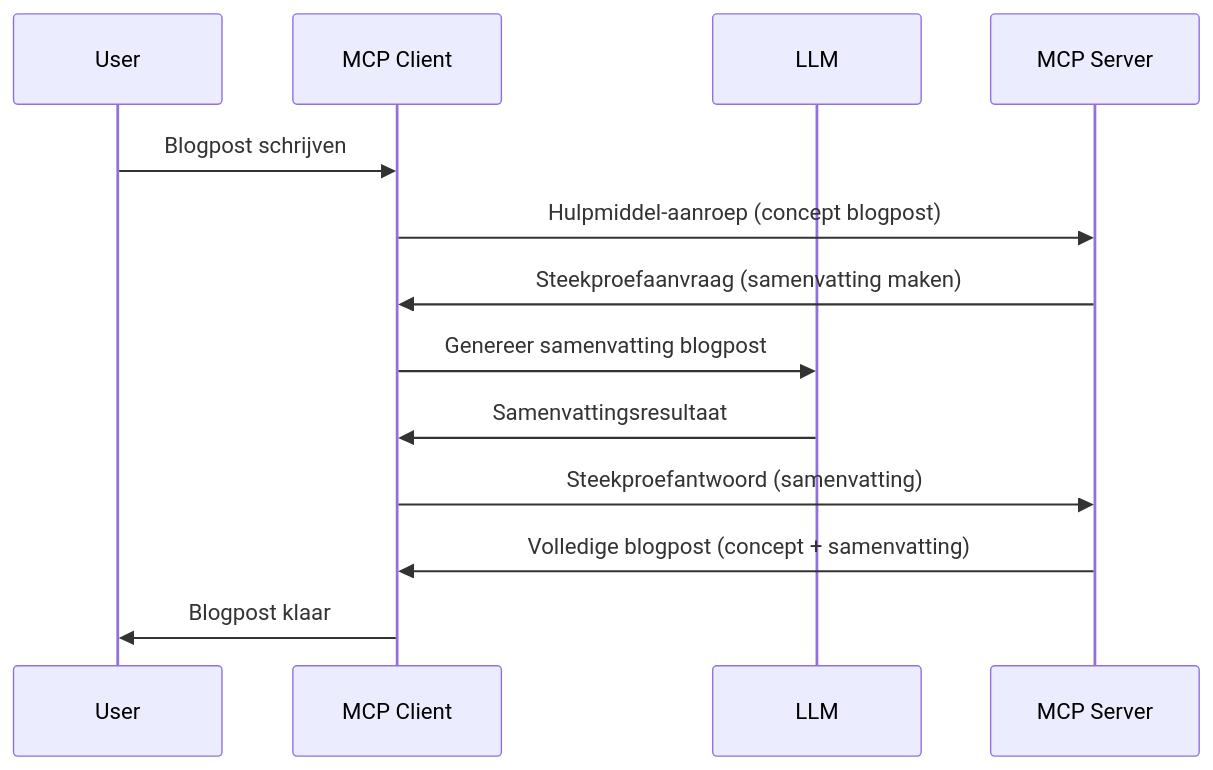
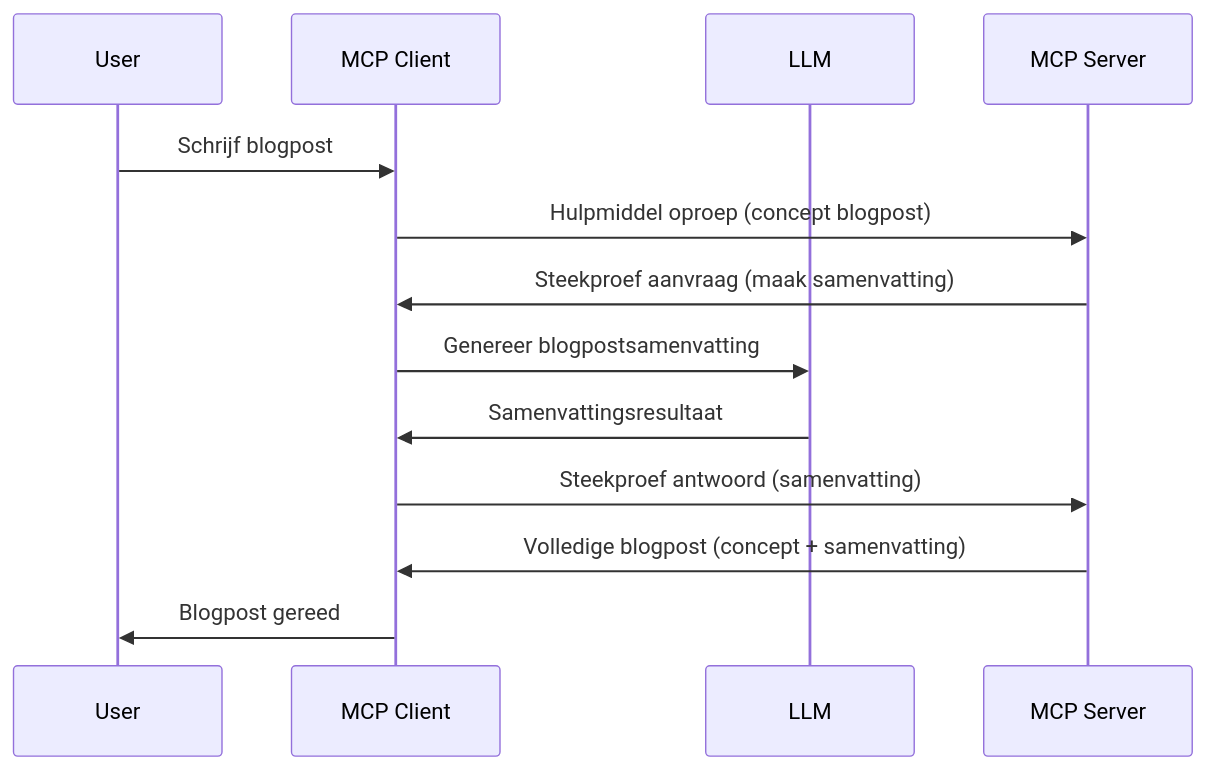
Before and after one commit to HIDORAKAI002/ai-workspace-archive: the diagram in mcp_ecosystem__model_context_protocol/mcp_learning_resources/mcp-for-beginners/translations/nl/03-GettingStarted/14-sampling/README.md, drawn with Mermaid. The commit also changed other lines of this file and 1046 other files, not shown here.

````diff
--- a/mcp_ecosystem__model_context_protocol/mcp_learning_resources/mcp-for-beginners/translations/nl/03-GettingStarted/14-sampling/README.md
+++ b/mcp_ecosystem__model_context_protocol/mcp_learning_resources/mcp-for-beginners/translations/nl/03-GettingStarted/14-sampling/README.md
@@ -23,16 +25,16 @@
 ```mermaid
 sequenceDiagram
     participant User
     participant MCP Client
     participant LLM
     participant MCP Server
 
-    User->>MCP Client: Blogpost schrijven
-    MCP Client->>MCP Server: Hulpmiddel-aanroep (concept blogpost)
-    MCP Server->>MCP Client: Steekproefaanvraag (samenvatting maken)
-    MCP Client->>LLM: Genereer samenvatting blogpost
+    User->>MCP Client: Schrijf blogpost
+    MCP Client->>MCP Server: Hulpmiddel oproep (concept blogpost)
+    MCP Server->>MCP Client: Steekproef aanvraag (maak samenvatting)
+    MCP Client->>LLM: Genereer blogpostsamenvatting
     LLM->>MCP Client: Samenvattingsresultaat
-    MCP Client->>MCP Server: Steekproefantwoord (samenvatting)
+    MCP Client->>MCP Server: Steekproef antwoord (samenvatting)
     MCP Server->>MCP Client: Volledige blogpost (concept + samenvatting)
-    MCP Client->>User: Blogpost klaar
+    MCP Client->>User: Blogpost gereed
 ```
````
